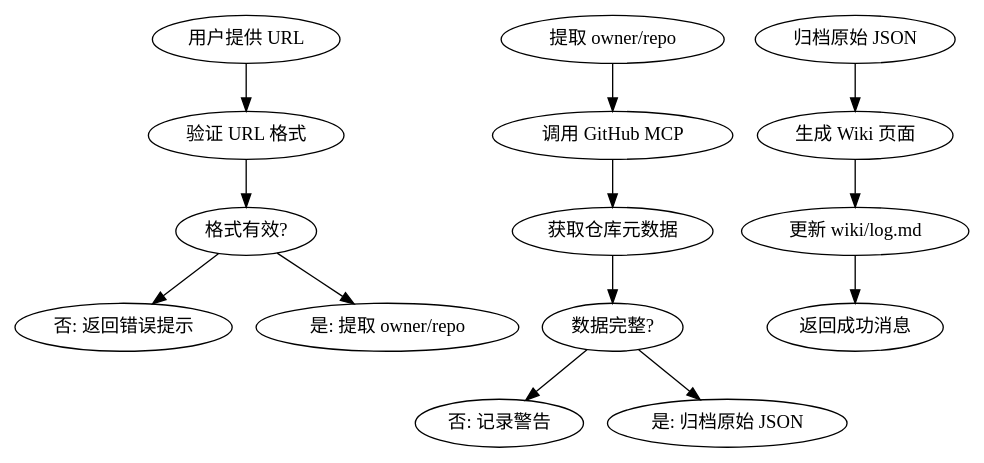
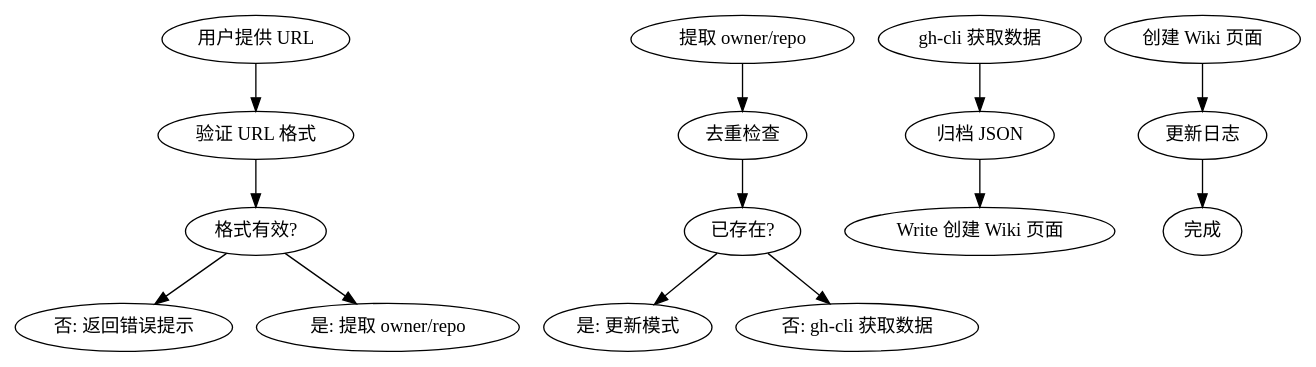
One commit to touchX/CC-Obsidian-wiki changed the diagram in .claude/skills/github-collect/SKILL.md. Above: the diagram before and after it, drawn with Graphviz. The commit also changed other lines of this file and 5 other files, not shown here.

First line of the commit message:
feat: 优化 github-collect skill — gh-cli + Write 方案，67% token 节省

````diff
--- a/.claude/skills/github-collect/SKILL.md
+++ b/.claude/skills/github-collect/SKILL.md
@@ -25,16 +31,16 @@
 ```dot
-digraph github_collect {
+digraph github_collect_optimized {
   "用户提供 URL" -> "验证 URL 格式"
   "验证 URL 格式" -> "格式有效?"
   "格式有效?" -> "否: 返回错误提示"
   "格式有效?" -> "是: 提取 owner/repo"
-  "提取 owner/repo" -> "调用 GitHub MCP"
-  "调用 GitHub MCP" -> "获取仓库元数据"
-  "获取仓库元数据" -> "数据完整?"
-  "数据完整?" -> "否: 记录警告"
-  "数据完整?" -> "是: 归档原始 JSON"
-  "归档原始 JSON" -> "生成 Wiki 页面"
-  "生成 Wiki 页面" -> "更新 wiki/log.md"
-  "更新 wiki/log.md" -> "返回成功消息"
+  "提取 owner/repo" -> "去重检查"
+  "去重检查" -> "已存在?"
+  "已存在?" -> "是: 更新模式"
+  "已存在?" -> "否: gh-cli 获取数据"
+  "gh-cli 获取数据" -> "归档 JSON"
+  "归档 JSON" -> "Write 创建 Wiki 页面"
+  "创建 Wiki 页面" -> "更新日志"
+  "更新日志" -> "完成"
 }
 ```
````
